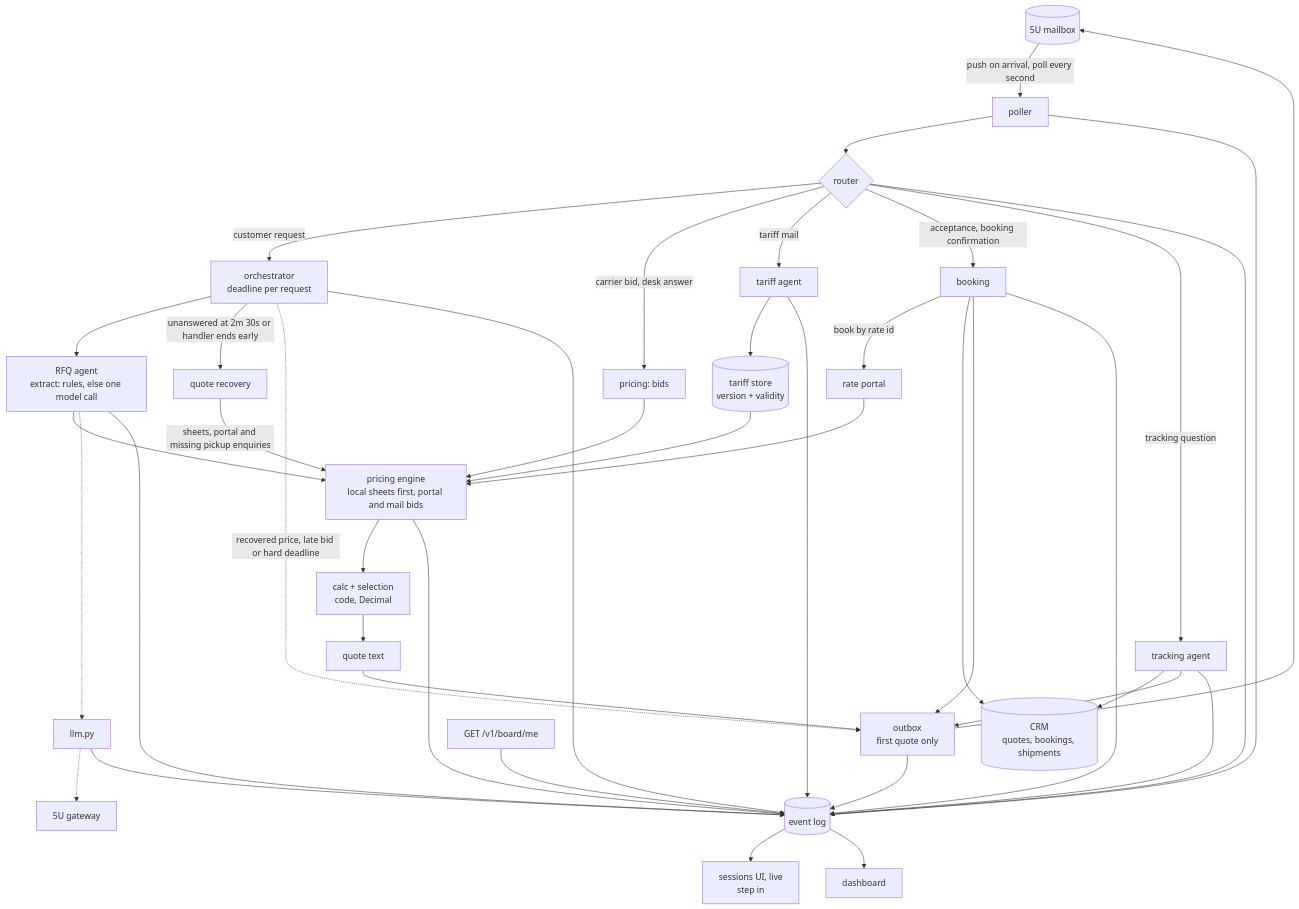
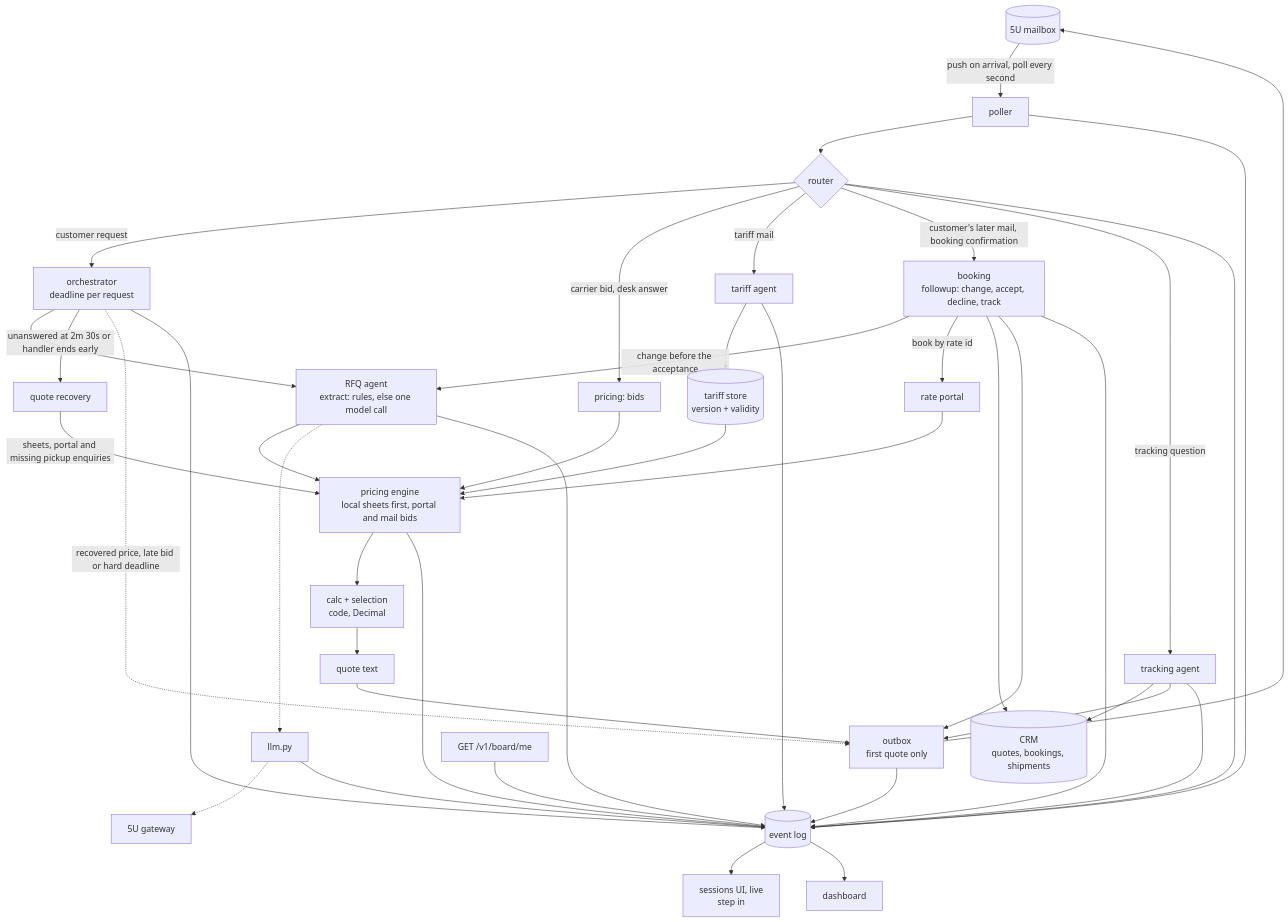
The diagram in README.md (lucakammerer/pixel), drawn with Mermaid before and after one commit. The commit also changed other lines of this file and 17 other files, not shown here.

Commit message:
Every later customer mail is read for what it changes, whatever its place: a change before our quote or with an acceptance is quoted in reply to it, a thank-you needs nobody, a tracking question in the thread is answered

````diff
--- a/README.md
+++ b/README.md
@@ -8,36 +8,37 @@
 ```mermaid
 flowchart TD
     MB[(5U mailbox)] -->|push on arrival, poll every second| P[poller]
     P --> R{router}
     R -->|customer request| O[orchestrator<br/>deadline per request]
     R -->|carrier bid, desk answer| BID[pricing: bids]
     R -->|tariff mail| T[tariff agent]
-    R -->|acceptance, booking confirmation| BK[booking]
+    R -->|customer's later mail, booking confirmation| BK[booking<br/>followup: change, accept, decline, track]
+    BK -->|change before the acceptance| RFQ
     R -->|tracking question| TR[tracking agent]
 
     O --> RFQ[RFQ agent<br/>extract: rules, else one model call]
     RFQ --> ENG[pricing engine<br/>local sheets first, portal and mail bids]
     T --> ST[(tariff store<br/>version + validity)]
     ST --> ENG
     PORTAL[rate portal] --> ENG
     BID --> ENG
     ENG --> SEL[calc + selection<br/>code, Decimal]
     SEL --> Q[quote text]
     Q --> OUT[outbox<br/>first quote only]
     O -->|unanswered at 2m 30s or handler ends early| REC[quote recovery]
     REC -->|sheets, portal and missing pickup enquiries| ENG
     O -.->|recovered price, late bid or hard deadline| OUT
     OUT --> MB
 
     BK -->|book by rate id| PORTAL
     BK --> CRM[(CRM<br/>quotes, bookings, shipments)]
     TR --> CRM
     TR --> OUT
     BK --> OUT
 
     RFQ -.-> LLM[llm.py] -.-> GW[5U gateway]
     P & R & O & RFQ & ENG & OUT & BK & TR & T & LLM --> EV[(event log)]
     EV --> UI[sessions UI, live<br/>step in]
     EV --> DASH[dashboard]
     BOARD["GET /v1/board/me"] --> EV
 ```
````
